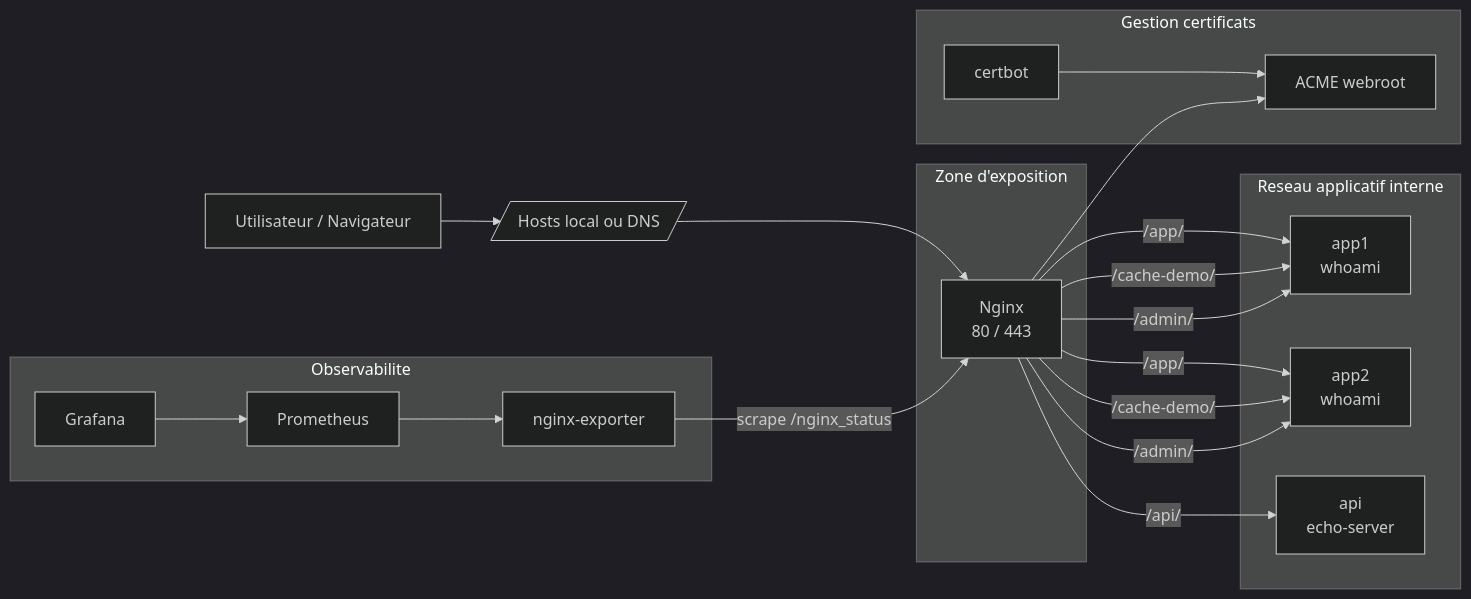
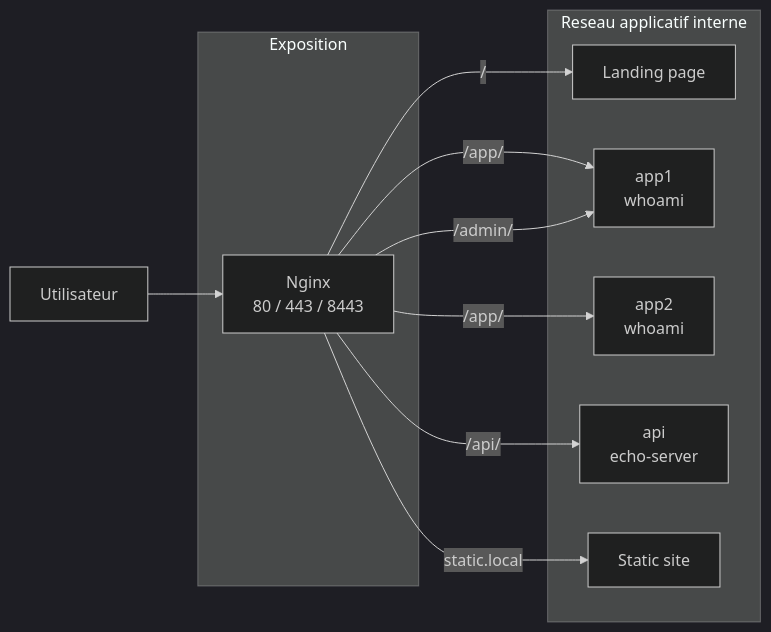
Before and after one commit to RobinThiriet/Nginx: the diagram in docs/ARCHITECTURE.md, drawn with Mermaid (dark theme). The commit also changed other lines of this file and 18 other files, not shown here.

````diff
--- a/docs/ARCHITECTURE.md
+++ b/docs/ARCHITECTURE.md
@@ -9,40 +9,24 @@
 ```mermaid
 flowchart LR
-    U[Utilisateur / Navigateur]
-    H[/Hosts local ou DNS/]
+    U[Utilisateur]
 
-    subgraph EDGE[Zone d'exposition]
-      N[Nginx<br/>80 / 443]
+    subgraph EDGE[Exposition]
+      N[Nginx<br/>80 / 443 / 8443]
     end
 
     subgraph APP[Reseau applicatif interne]
+      LANDING[Landing page]
       A1[app1<br/>whoami]
       A2[app2<br/>whoami]
       API[api<br/>echo-server]
+      STATIC[Static site]
     end
 
-    subgraph OBS[Observabilite]
-      EXP[nginx-exporter]
-      PROM[Prometheus]
-      GRAF[Grafana]
-    end
-
-    subgraph ACME[Gestion certificats]
-      CERT[certbot]
-      WEBROOT[ACME webroot]
-    end
-
-    U --> H --> N
+    U --> N
+    N -->|/| LANDING
     N -->|/app/| A1
     N -->|/app/| A2
     N -->|/api/| API
-    N -->|/cache-demo/| A1
-    N -->|/cache-demo/| A2
     N -->|/admin/| A1
-    N -->|/admin/| A2
-    EXP -->|scrape /nginx_status| N
-    PROM --> EXP
-    GRAF --> PROM
-    CERT --> WEBROOT
-    N --> WEBROOT
+    N -->|static.local| STATIC
 ```
````
